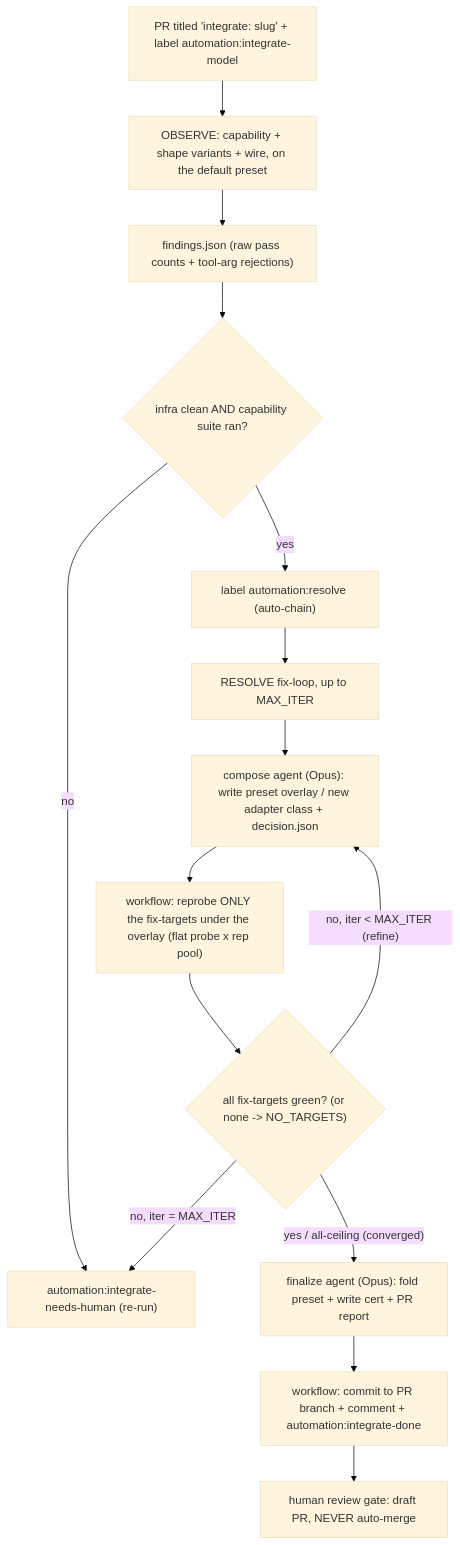
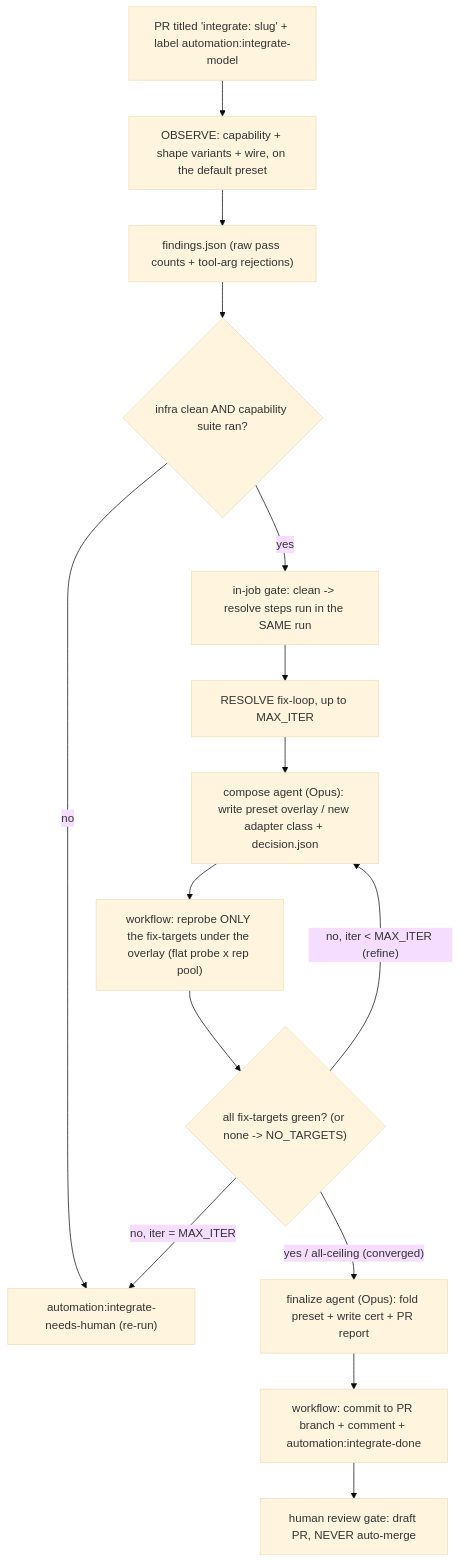
One commit to Toloka/tolokaforge changed the diagram in docs/AUTO_INTEGRATION.md. Above: the diagram before and after it, drawn with Mermaid (base theme). The commit also changed other lines of this file and 2 other files, not shown here.

````diff
--- a/docs/AUTO_INTEGRATION.md
+++ b/docs/AUTO_INTEGRATION.md
@@ -16,17 +18,17 @@
 ```mermaid
 flowchart TD
     A["PR titled 'integrate: slug' + label automation:integrate-model"] --> B["OBSERVE: capability + shape variants + wire, on the default preset"]
     B --> C["findings.json (raw pass counts + tool-arg rejections)"]
     C --> D{"infra clean AND capability suite ran?"}
     D -- "no" --> H["automation:integrate-needs-human (re-run)"]
-    D -- "yes" --> E["label automation:resolve (auto-chain)"]
+    D -- "yes" --> E["in-job gate: clean -> resolve steps run in the SAME run"]
     E --> F["RESOLVE fix-loop, up to MAX_ITER"]
     F --> G["compose agent (Opus): write preset overlay / new adapter class + decision.json"]
     G --> I["workflow: reprobe ONLY the fix-targets under the overlay (flat probe x rep pool)"]
     I --> J{"all fix-targets green? (or none -> NO_TARGETS)"}
     J -- "no, iter < MAX_ITER (refine)" --> G
     J -- "no, iter = MAX_ITER" --> H
     J -- "yes / all-ceiling (converged)" --> K["finalize agent (Opus): fold preset + write cert + PR report"]
     K --> L["workflow: commit to PR branch + comment + automation:integrate-done"]
     L --> M["human review gate: draft PR, NEVER auto-merge"]
 ```
````
